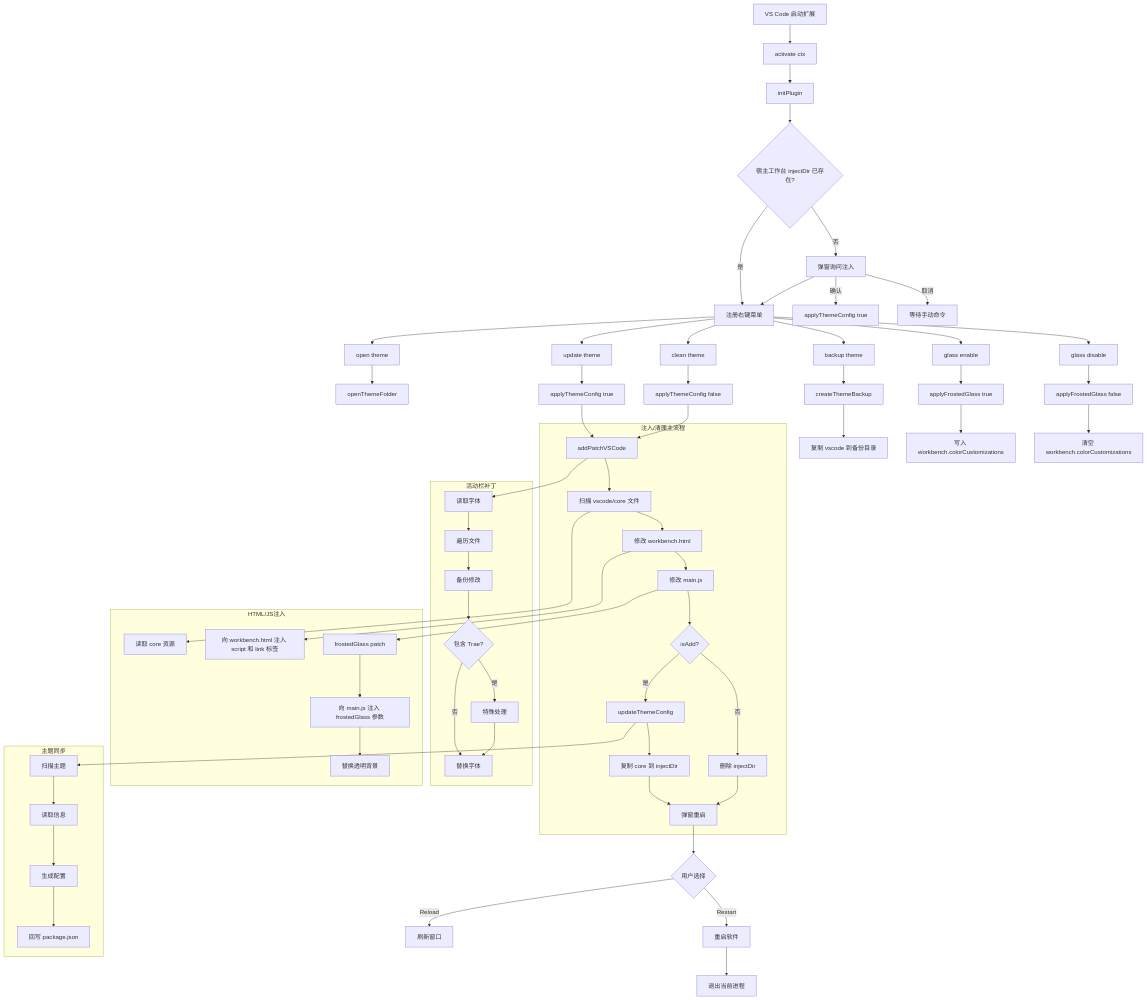
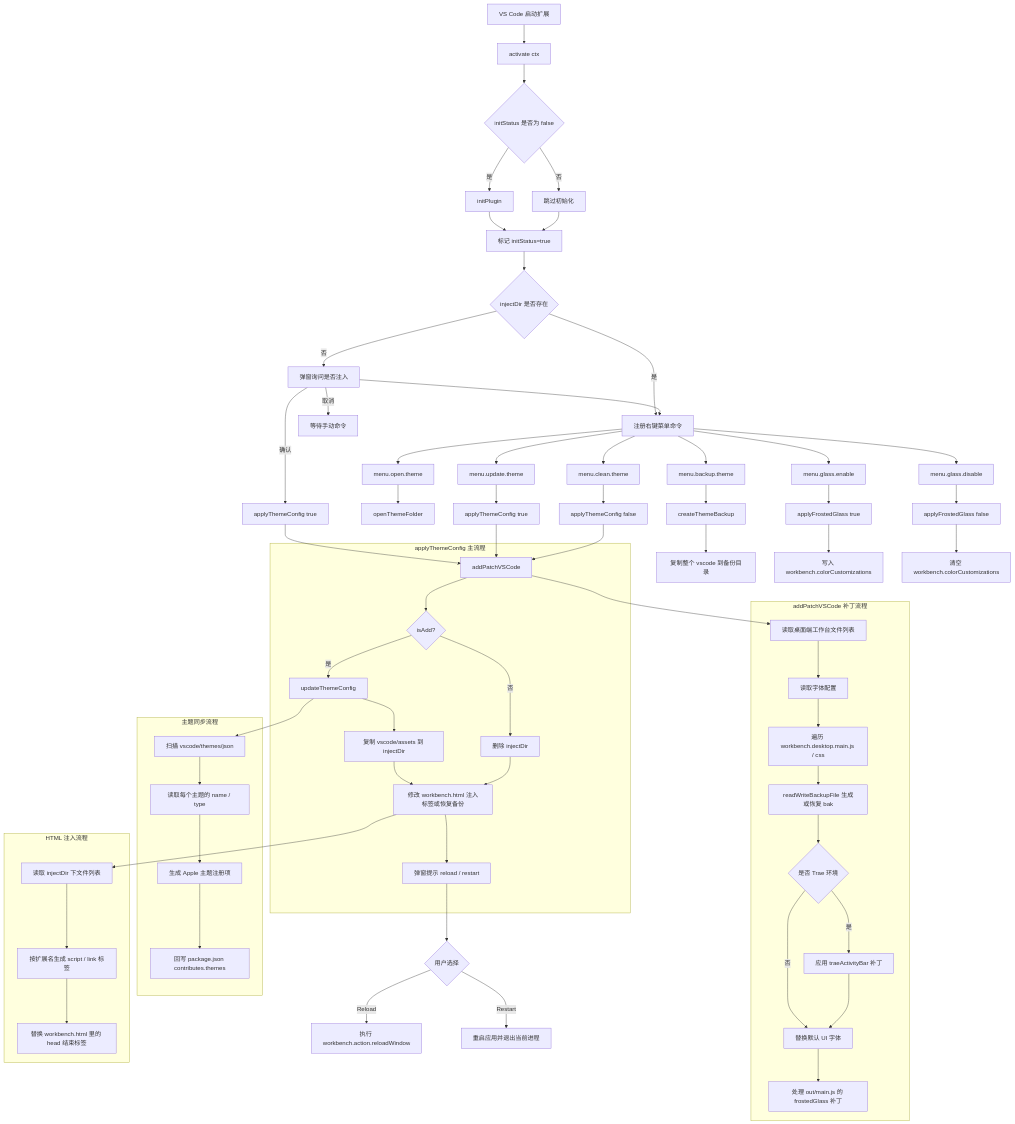
The diagram in FLOW.md (wangmings/macintosh-ui), drawn with Mermaid before and after one commit. The commit also changed other lines of this file and 87 other files, not shown here.

````diff
--- a/FLOW.md
+++ b/FLOW.md
@@ -5,101 +5,101 @@
 ```mermaid
 flowchart TD
     A[VS Code 启动扩展] --> B[activate ctx]
-    B --> C[initPlugin]
-    C --> D{宿主工作台 injectDir 已存在?}
+    B --> C{initStatus 是否为 false}
+    C -- 是 --> D[initPlugin]
+    C -- 否 --> E[跳过初始化]
+    D --> F[标记 initStatus=true]
+    E --> F
+    F --> G{injectDir 是否存在}
 
-    D -- 否 --> E[弹窗询问注入]
-    D -- 是 --> H[注册右键菜单]
-    E --> H
-    E -- 确认 --> F[applyThemeConfig true]
-    E -- 取消 --> G[等待手动命令]
+    G -- 否 --> H[弹窗询问是否注入]
+    G -- 是 --> J[注册右键菜单命令]
+    H --> J
+    H -- 确认 --> I[applyThemeConfig true]
+    H -- 取消 --> K[等待手动命令]
 
-    H --> I1[open theme]
-    H --> I2[update theme]
-    H --> I3[clean theme]
-    H --> I4[backup theme]
-    H --> I5[glass enable]
-    H --> I6[glass disable]
+    J --> L1[menu.open.theme]
+    J --> L2[menu.update.theme]
+    J --> L3[menu.clean.theme]
+    J --> L4[menu.backup.theme]
+    J --> L5[menu.glass.enable]
+    J --> L6[menu.glass.disable]
 
-    I1 --> J1[openThemeFolder]
-    I2 --> K[applyThemeConfig true]
-    I3 --> L[applyThemeConfig false]
-    I4 --> M[createThemeBackup]
-    I5 --> N[applyFrostedGlass true]
-    I6 --> O[applyFrostedGlass false]
-    M --> M1[复制 vscode 到备份目录]
-    N --> N1[写入 workbench.colorCustomizations]
-    O --> O1[清空 workbench.colorCustomizations]
+    L1 --> M1[openThemeFolder]
+    L2 --> N1[applyThemeConfig true]
+    L3 --> N2[applyThemeConfig false]
+    L4 --> O1[createThemeBackup]
+    L5 --> P1[applyFrostedGlass true]
+    L6 --> P2[applyFrostedGlass false]
+    O1 --> O2[复制整个 vscode 到备份目录]
+    P1 --> P3[写入 workbench.colorCustomizations]
+    P2 --> P4[清空 workbench.colorCustomizations]
 
-    subgraph P[注入/清理主流程]
-        P1[addPatchVSCode]
-        P2[扫描 vscode/core 文件]
-        P3[修改 workbench.html]
-        P4[修改 main.js]
-        P5{isAdd?}
-        P6[updateThemeConfig]
-        P7[复制 core 到 injectDir]
-        P8[删除 injectDir]
-        P9[弹窗重启]
+    subgraph Q[applyThemeConfig 主流程]
+        Q1[addPatchVSCode]
+        Q2{isAdd?}
+        Q3[updateThemeConfig]
+        Q4[复制 vscode/assets 到 injectDir]
+        Q5[删除 injectDir]
+        Q6[修改 workbench.html 注入标签或恢复备份]
+        Q7[弹窗提示 reload / restart]
     end
 
-    K --> P1
-    L --> P1
-    P1 --> P2
-    P2 --> P3
-    P3 --> P4
-    P4 --> P5
-    P5 -- 是 --> P6
-    P6 --> P7
-    P7 --> P9
-    P5 -- 否 --> P8
-    P8 --> P9
+    I --> Q1
+    N1 --> Q1
+    N2 --> Q1
+    Q1 --> Q2
+    Q2 -- 是 --> Q3
+    Q3 --> Q4
+    Q4 --> Q6
+    Q2 -- 否 --> Q5
+    Q5 --> Q6
+    Q6 --> Q7
 
-    subgraph Q[活动栏补丁]
-        Q1[读取字体]
-        Q2[遍历文件]
-        Q3[备份修改]
-        Q4{包含 Trae?}
-        Q5[特殊处理]
-        Q6[替换字体]
+    subgraph R[addPatchVSCode 补丁流程]
+        R1[读取桌面端工作台文件列表]
+        R2[读取字体配置]
+        R3[遍历 workbench.desktop.main.js / css]
+        R4[readWriteBackupFile 生成或恢复 bak]
+        R5{是否 Trae 环境}
+        R6[应用 traeActivityBar 补丁]
+        R7[替换默认 UI 字体]
+        R8[处理 out/main.js 的 frostedGlass 补丁]
     end
 
-    P1 --> Q1
-    Q1 --> Q2
-    Q2 --> Q3
-    Q3 --> Q4
-    Q4 -- 是 --> Q5
-    Q4 -- 否 --> Q6
-    Q5 --> Q6
+    Q1 --> R1
+    R1 --> R2
+    R2 --> R3
+    R3 --> R4
+    R4 --> R5
+    R5 -- 是 --> R6
+    R5 -- 否 --> R7
+    R6 --> R7
+    R7 --> R8
 
-    subgraph R[HTML/JS注入]
-        R1[读取 core 资源]
-        R2[向 workbench.html 注入 script 和 link 标签]
-        R3[frostedGlass patch]
-        R4[向 main.js 注入 frostedGlass 参数]
-        R5[替换透明背景]
+    subgraph S[主题同步流程]
+        S1[扫描 vscode/themes/json]
+        S2[读取每个主题的 name / type]
+        S3[生成 Apple 主题注册项]
+        S4[回写 package.json contributes.themes]
     end
 
-    P2 --> R1
-    P3 --> R2
-    P4 --> R3
-    R3 --> R4
-    R4 --> R5
-
-    subgraph S[主题同步]
-        S1[扫描主题]
-        S2[读取信息]
-        S3[生成配置]
-        S4[回写 package.json]
-    end
-
-    P6 --> S1
+    Q3 --> S1
     S1 --> S2
     S2 --> S3
     S3 --> S4
 
-    P9 --> T{用户选择}
-    T -- Reload --> T1[刷新窗口]
-    T -- Restart --> T2[重启软件]
-    T2 --> T3[退出当前进程]
+    subgraph T[HTML 注入流程]
+        T1[读取 injectDir 下文件列表]
+        T2[按扩展名生成 script / link 标签]
+        T3[替换 workbench.html 里的 head 结束标签]
+    end
+
+    Q6 --> T1
+    T1 --> T2
+    T2 --> T3
+
+    Q7 --> U{用户选择}
+    U -- Reload --> U1[执行 workbench.action.reloadWindow]
+    U -- Restart --> U2[重启应用并退出当前进程]
 ```
````
